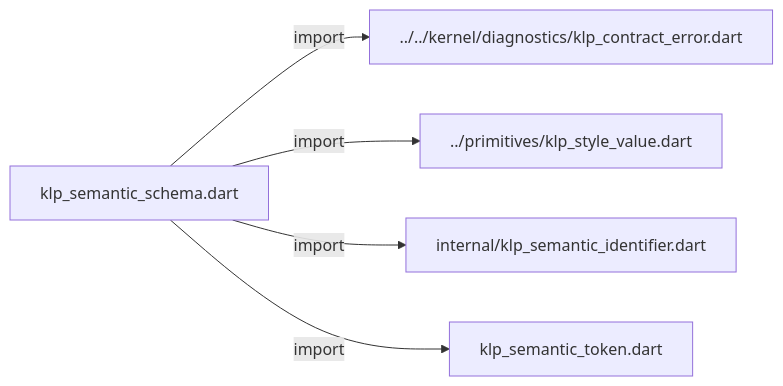
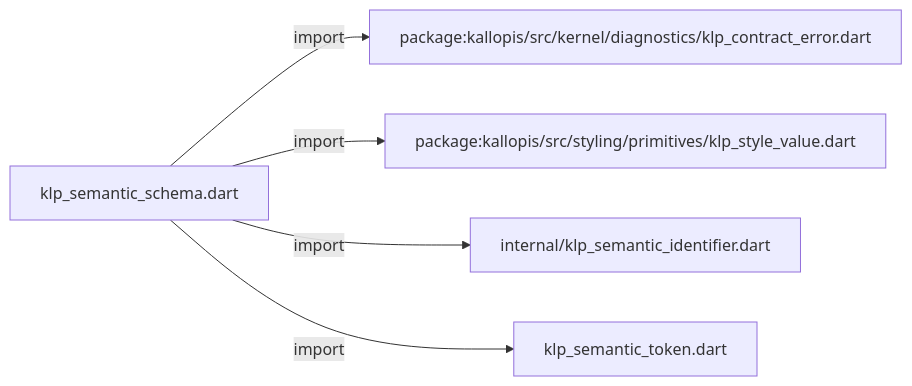
The first of 2 diagrams in docs/architecture/src/styling/semantics/klp_semantic_schema.md (MiuDog/Kallopis), drawn with Mermaid before and after one commit. The commit also changed other lines of this file and 9688 other files, not shown here.

Commit message:
Prepare isolated Flow F2 peer baseline

````diff
--- a/docs/architecture/src/styling/semantics/klp_semantic_schema.md
+++ b/docs/architecture/src/styling/semantics/klp_semantic_schema.md
@@ -11,12 +11,12 @@
 ```mermaid
 flowchart LR
 	n0["klp_semantic_schema.dart"]
-	n1["../../kernel/diagnostics/klp_contract_error.dart"]
-	n2["../primitives/klp_style_value.dart"]
+	n1["package:kallopis/src/kernel/diagnostics/klp_contract_error.dart"]
+	n2["package:kallopis/src/styling/primitives/klp_style_value.dart"]
 	n3["internal/klp_semantic_identifier.dart"]
 	n4["klp_semantic_token.dart"]
 	n0 -->|"import"| n1
 	n0 -->|"import"| n2
 	n0 -->|"import"| n3
 	n0 -->|"import"| n4
 ```
````
